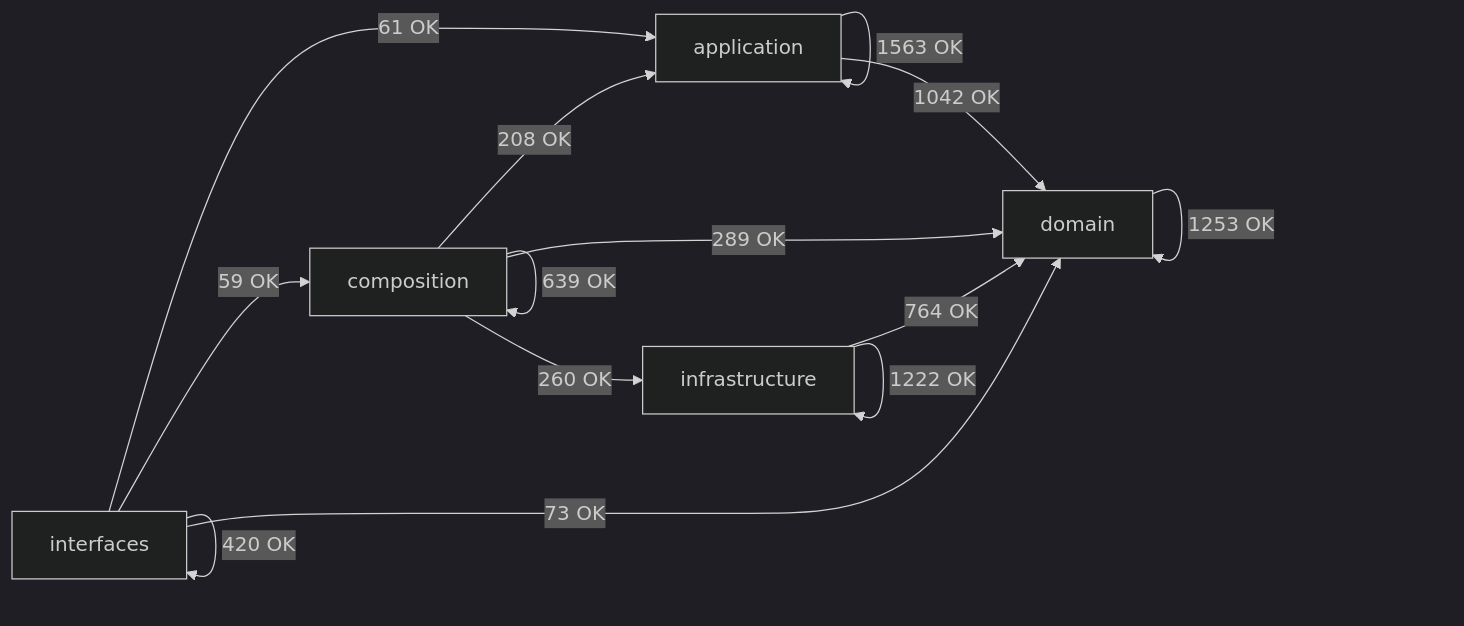
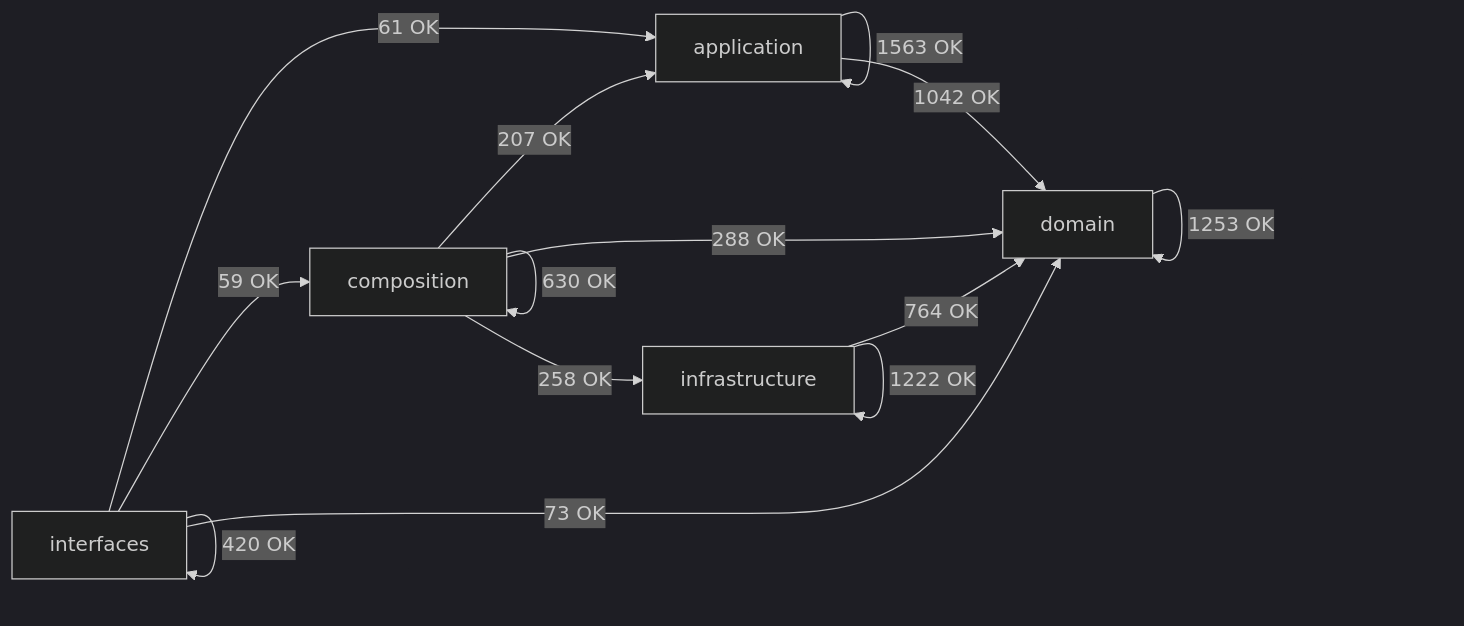
One commit to SatoryKono/BioactivityDataAcquisition changed the diagram in docs/02-architecture/generated/module-dependency-map.md. Above: the diagram before and after it, drawn with Mermaid (dark theme). The commit also changed other lines of this file and 38 other files, not shown here.

````diff
--- a/docs/02-architecture/generated/module-dependency-map.md
+++ b/docs/02-architecture/generated/module-dependency-map.md
@@ -17,21 +17,21 @@
 ```mermaid
 flowchart LR
     domain[domain]
     application[application]
     infrastructure[infrastructure]
     composition[composition]
     interfaces[interfaces]
     application -->|1563 OK| application
     application -->|1042 OK| domain
-    composition -->|208 OK| application
-    composition -->|639 OK| composition
-    composition -->|289 OK| domain
-    composition -->|260 OK| infrastructure
+    composition -->|207 OK| application
+    composition -->|630 OK| composition
+    composition -->|288 OK| domain
+    composition -->|258 OK| infrastructure
     domain -->|1253 OK| domain
     infrastructure -->|764 OK| domain
     infrastructure -->|1222 OK| infrastructure
     interfaces -->|61 OK| application
     interfaces -->|59 OK| composition
     interfaces -->|73 OK| domain
     interfaces -->|420 OK| interfaces
 ```
````
